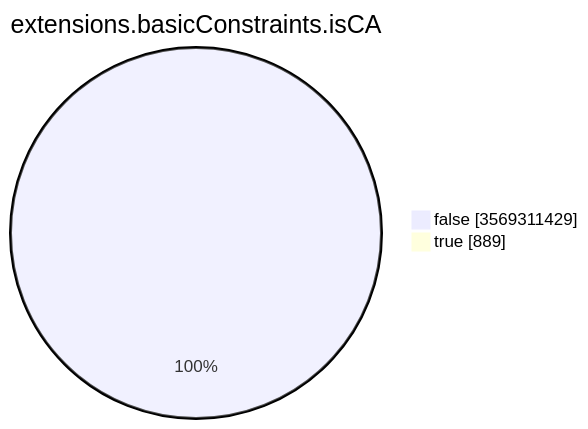
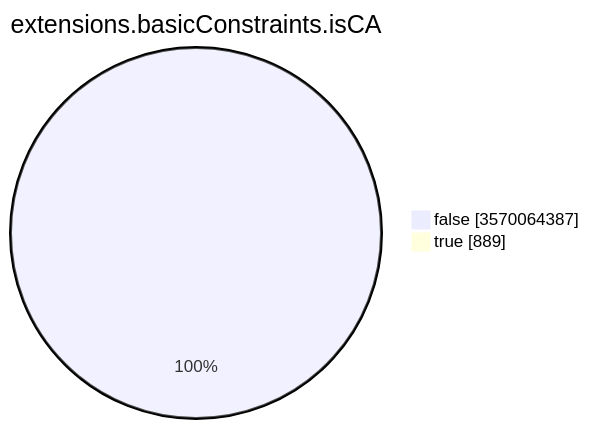
The seventh of 15 diagrams in TOTAL/README.md (christiankrug/ctmonitor_visualization), drawn with Mermaid before and after one commit. The commit also changed other lines of this file, not shown here.

````diff
--- a/TOTAL/README.md
+++ b/TOTAL/README.md
@@ -3094,6 +3094,6 @@
 ```mermaid
 pie showData
 title extensions.basicConstraints.isCA
-"false" :3569311429
+"false" :3570064387
 "true" :889
 ```
````
